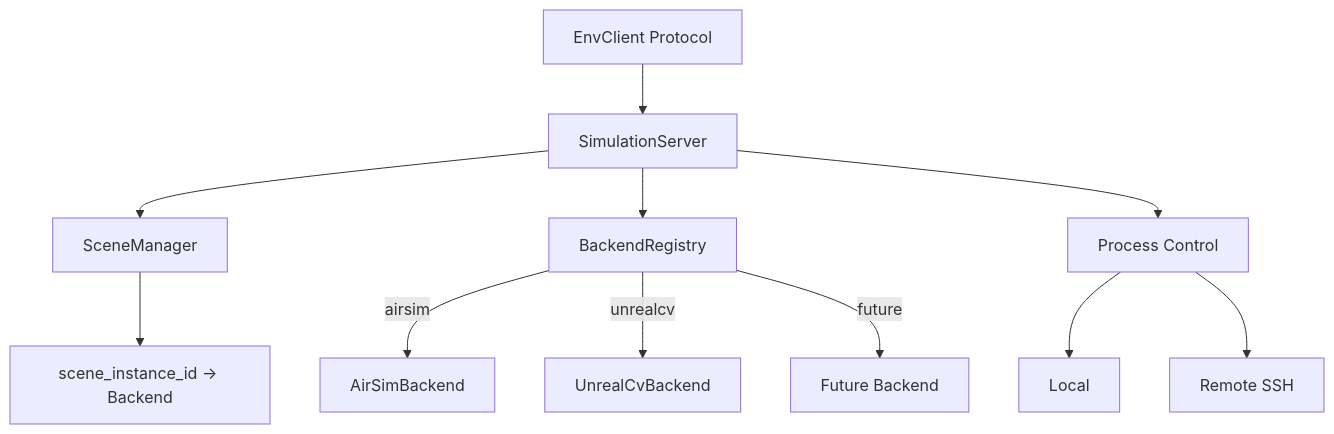
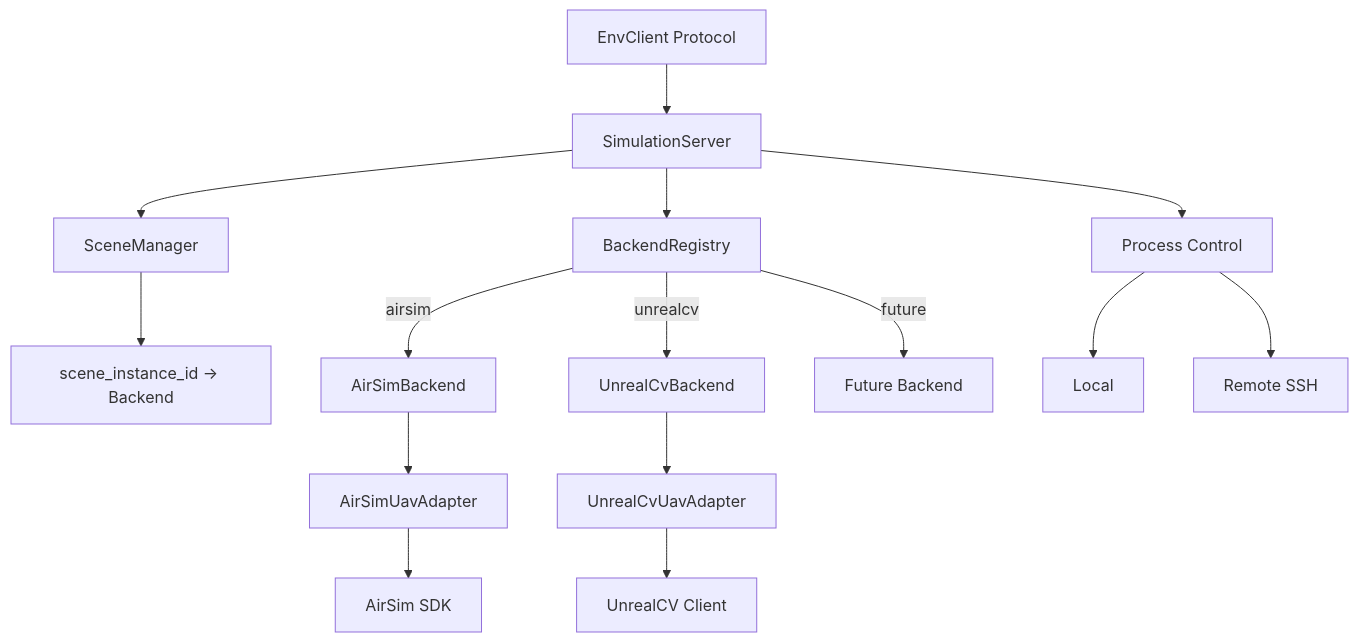
One commit to LZ6years/AeroPilot changed the diagram in docs/simulator_control/03_target_architecture.md. Above: the diagram before and after it, drawn with Mermaid. The commit also changed 29 other files, not shown here.

First line of the commit message:
refactor(adapters): unify AirSim and UnrealCV backend boundaries

````diff
--- a/docs/simulator_control/03_target_architecture.md
+++ b/docs/simulator_control/03_target_architecture.md
@@ -18,15 +18,19 @@
 ```mermaid
 flowchart TD
     EC["EnvClient Protocol"] --> SS["SimulationServer"]
     SS --> SM["SceneManager"]
     SS --> BR["BackendRegistry"]
     SM --> SBI["scene_instance_id → Backend"]
 
     BR -->|"airsim"| AB["AirSimBackend"]
     BR -->|"unrealcv"| UB["UnrealCvBackend"]
     BR -->|"future"| FB["Future Backend"]
+    AB --> AA["AirSimUavAdapter"]
+    UB --> UA["UnrealCvUavAdapter"]
+    AA --> AS["AirSim SDK"]
+    UA --> US["UnrealCV Client"]
 
     SS --> PC["Process Control"]
     PC --> LOCAL["Local"]
     PC --> REMOTE["Remote SSH"]
 ```
````
